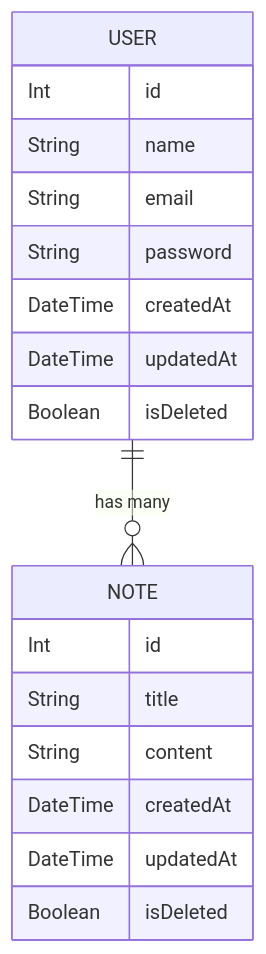
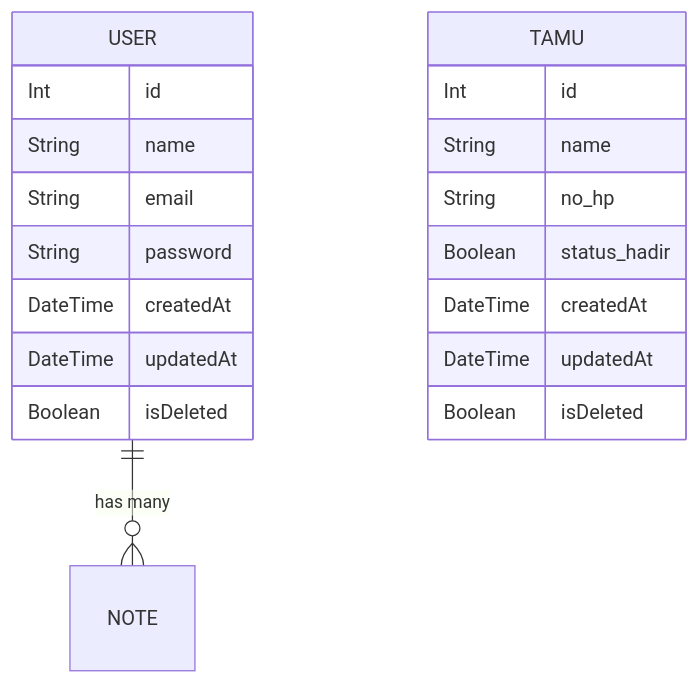
One commit to DimKFPS/bootcamp-kilat changed the diagram in README.md. Above: the diagram before and after it, drawn with Mermaid. The commit also changed other lines of this file, not shown here.

````diff
--- a/README.md
+++ b/README.md
@@ -103,23 +47,24 @@
 ```mermaid
 erDiagram
     USER {
         Int id
         String name
         String email
         String password
         DateTime createdAt
         DateTime updatedAt
         Boolean isDeleted
     }
 
-    NOTE {
+    TAMU {
         Int id
-        String title
-        String content
+        String name
+        String no_hp
+        Boolean status_hadir
         DateTime createdAt
         DateTime updatedAt
         Boolean isDeleted
     }
 
     USER ||--o{ NOTE : "has many"
 ```
````
